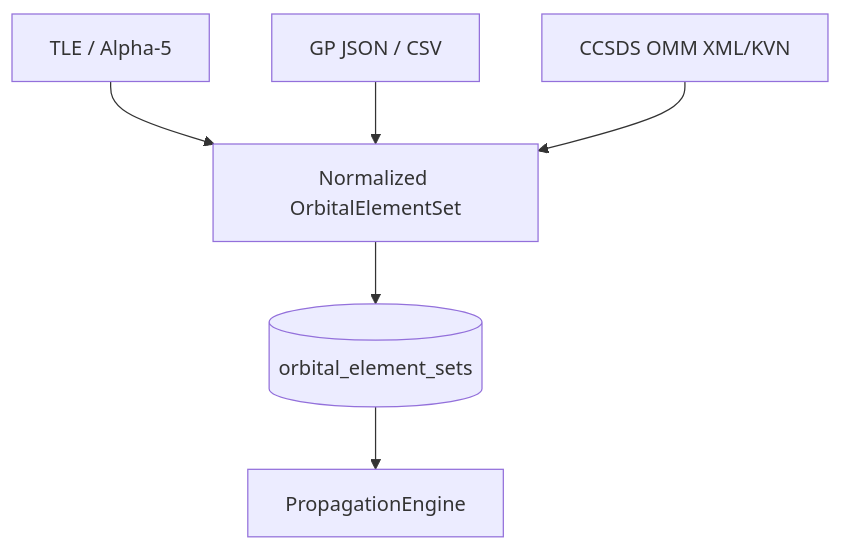
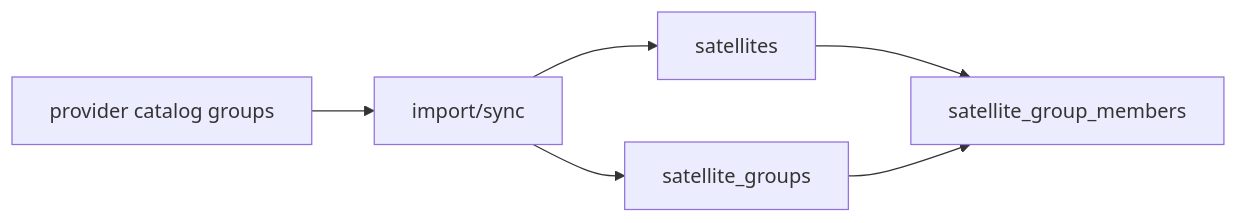
The fourth of 6 diagrams in docs/architecture.md (ExoSpaceLabs/world-sat-monitor), drawn with Mermaid before and after one commit. The commit also changed other lines of this file and 11 other files, not shown here.

````diff
--- a/docs/architecture.md
+++ b/docs/architecture.md
@@ -80,8 +81,8 @@
 ```mermaid
-flowchart TD
-    T[TLE / Alpha-5] --> N[Normalized OrbitalElementSet]
-    J[GP JSON / CSV] --> N
-    O[CCSDS OMM XML/KVN] --> N
-    N --> DB[(orbital_element_sets)]
-    DB --> PROP[PropagationEngine]
+flowchart LR
+    SAT[satellites] --> M[satellite_group_members]
+    G[satellite_groups] --> M
+    PG[provider catalog groups] --> IMP[import/sync]
+    IMP --> G
+    IMP --> SAT
 ```
````
